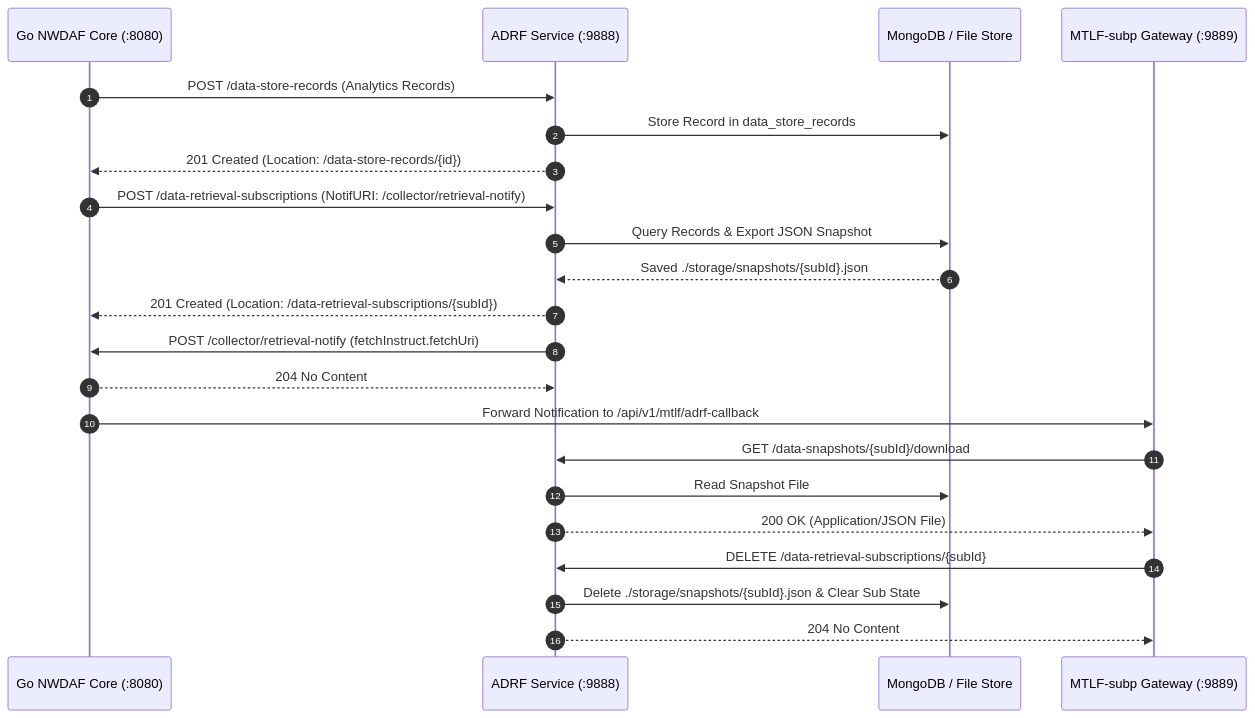
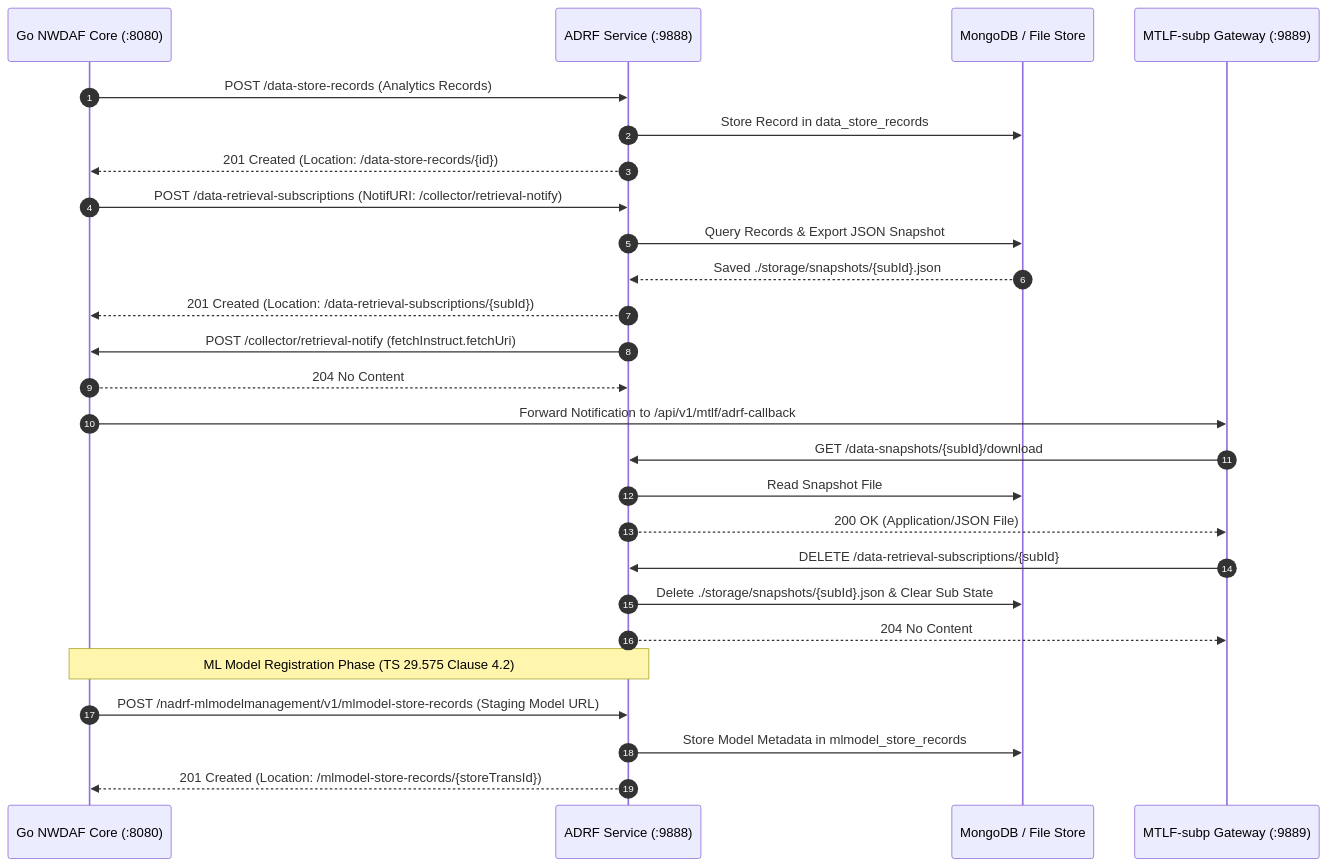
Before and after one commit to Intelligent-Systems-Lab/adrf: the second of 2 diagrams in README.md, drawn with Mermaid. The commit also changed other lines of this file, not shown here.

Commit message:
docs: add explicit Nadrf_MLModelManagement model registration phase in sequence diagram

````diff
--- a/README.md
+++ b/README.md
@@ -31,29 +32,34 @@
 ```mermaid
 sequenceDiagram
     autonumber
     participant NWDAF as Go NWDAF Core (:8080)
     participant ADRF as ADRF Service (:9888)
     participant Mongo as MongoDB / File Store
     participant MTLF as MTLF-subp Gateway (:9889)
 
     NWDAF->>ADRF: POST /data-store-records (Analytics Records)
     ADRF->>Mongo: Store Record in data_store_records
     ADRF-->>NWDAF: 201 Created (Location: /data-store-records/{id})
 
     NWDAF->>ADRF: POST /data-retrieval-subscriptions (NotifURI: /collector/retrieval-notify)
     ADRF->>Mongo: Query Records & Export JSON Snapshot
     Mongo-->>ADRF: Saved ./storage/snapshots/{subId}.json
     ADRF-->>NWDAF: 201 Created (Location: /data-retrieval-subscriptions/{subId})
 
     ADRF->>NWDAF: POST /collector/retrieval-notify (fetchInstruct.fetchUri)
     NWDAF-->>ADRF: 204 No Content
     NWDAF->>MTLF: Forward Notification to /api/v1/mtlf/adrf-callback
 
     MTLF->>ADRF: GET /data-snapshots/{subId}/download
     ADRF->>Mongo: Read Snapshot File
     ADRF-->>MTLF: 200 OK (Application/JSON File)
 
     MTLF->>ADRF: DELETE /data-retrieval-subscriptions/{subId}
     ADRF->>Mongo: Delete ./storage/snapshots/{subId}.json & Clear Sub State
     ADRF-->>MTLF: 204 No Content
+
+    Note over NWDAF,ADRF: ML Model Registration Phase (TS 29.575 Clause 4.2)
+    NWDAF->>ADRF: POST /nadrf-mlmodelmanagement/v1/mlmodel-store-records (Staging Model URL)
+    ADRF->>Mongo: Store Model Metadata in mlmodel_store_records
+    ADRF-->>NWDAF: 201 Created (Location: /mlmodel-store-records/{storeTransId})
 ```
````
